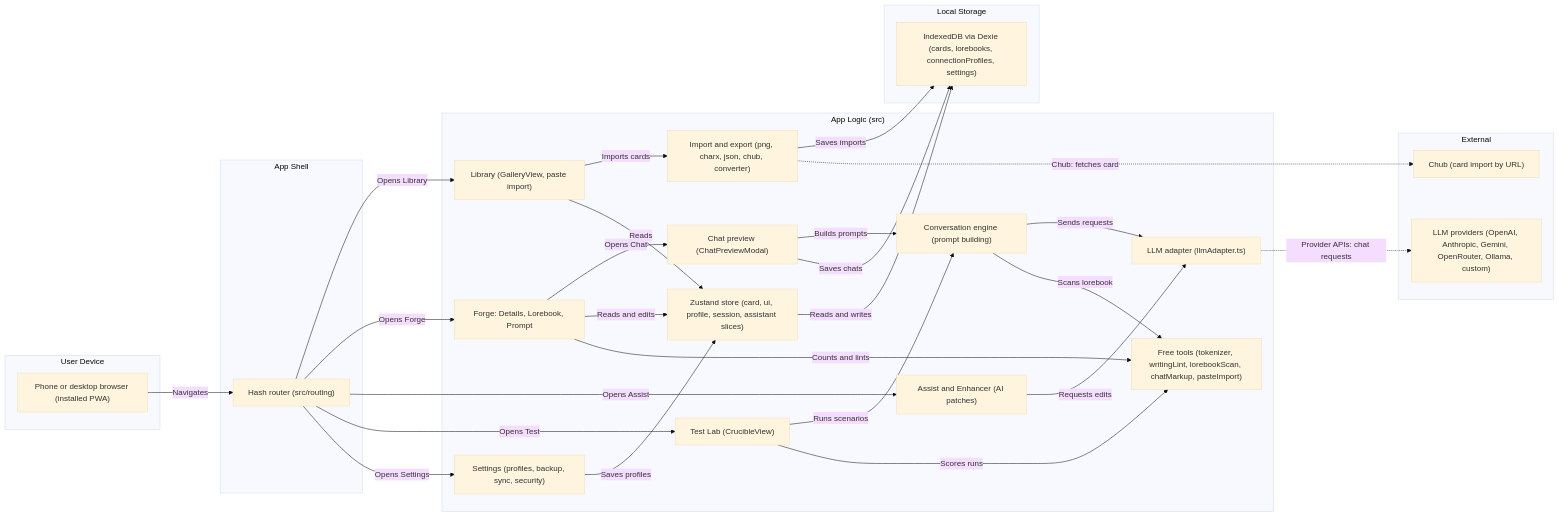
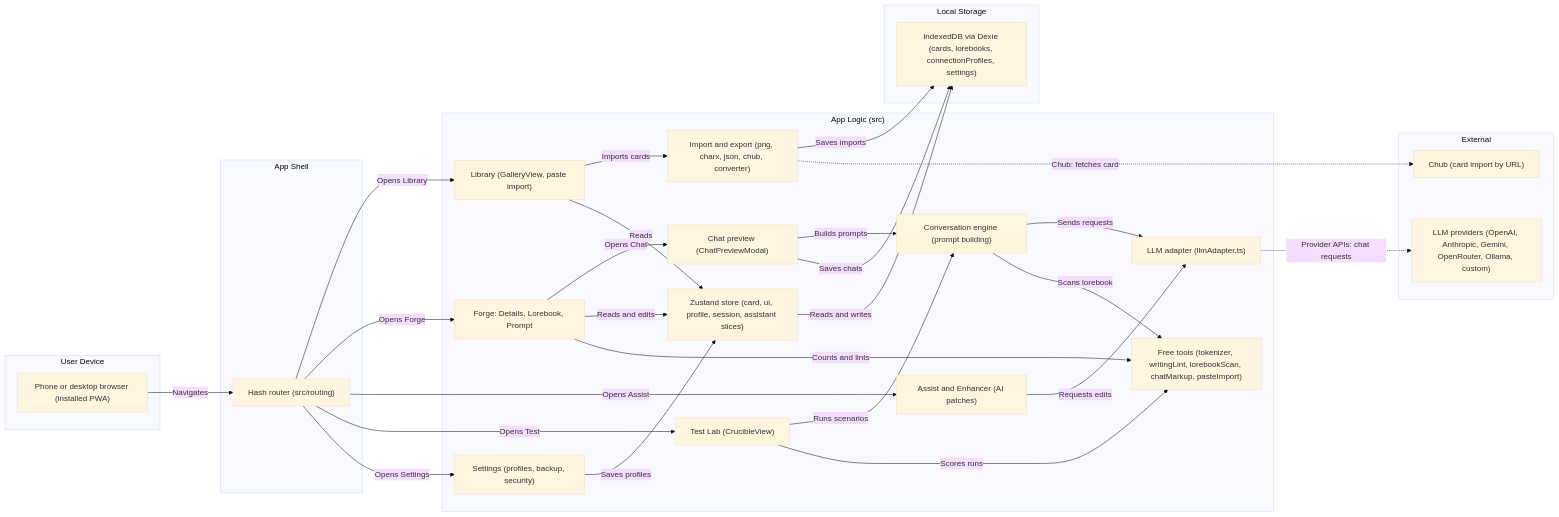
The first of 3 diagrams in docs/ARCHITECTURE.md (KarlMuzen/RoleplayForge), drawn with Mermaid (base theme) before and after one commit. The commit also changed other lines of this file and 1 other file, not shown here.

Commit message:
docs: README and ARCHITECTURE after device sync removal (card 034) and tweak lane (Decision 32)

````diff
--- a/docs/ARCHITECTURE.md
+++ b/docs/ARCHITECTURE.md
@@ -11,53 +11,53 @@
 ```mermaid
 flowchart LR
     subgraph client ["User Device"]
         phone["Phone or desktop browser (installed PWA)"]
     end
     subgraph gateway ["App Shell"]
         router["Hash router (src/routing)"]
     end
     subgraph service ["App Logic (src)"]
         library["Library (GalleryView, paste import)"]
         editor["Forge: Details, Lorebook, Prompt"]
         assist["Assist and Enhancer (AI patches)"]
         chat["Chat preview (ChatPreviewModal)"]
         testlab["Test Lab (CrucibleView)"]
-        settings["Settings (profiles, backup, sync, security)"]
+        settings["Settings (profiles, backup, security)"]
         store["Zustand store (card, ui, profile, session, assistant slices)"]
         io["Import and export (png, charx, json, chub, converter)"]
         tools["Free tools (tokenizer, writingLint, lorebookScan, chatMarkup, pasteImport)"]
         engine["Conversation engine (prompt building)"]
         llm["LLM adapter (llmAdapter.ts)"]
     end
     subgraph datastore ["Local Storage"]
         dexie["IndexedDB via Dexie (cards, lorebooks, connectionProfiles, settings)"]
     end
     subgraph external ["External"]
         providers["LLM providers (OpenAI, Anthropic, Gemini, OpenRouter, Ollama, custom)"]
         chub["Chub (card import by URL)"]
     end
 
     phone -->|"Navigates"| router
     router -->|"Opens Library"| library
     router -->|"Opens Forge"| editor
     router -->|"Opens Assist"| assist
     router -->|"Opens Test"| testlab
     router -->|"Opens Settings"| settings
     editor -->|"Opens Chat"| chat
     library -->|"Imports cards"| io
     library -->|"Reads"| store
     editor -->|"Reads and edits"| store
     editor -->|"Counts and lints"| tools
     assist -->|"Requests edits"| llm
     chat -->|"Builds prompts"| engine
     chat -->|"Saves chats"| dexie
     testlab -->|"Runs scenarios"| engine
     testlab -->|"Scores runs"| tools
     engine -->|"Sends requests"| llm
     engine -->|"Scans lorebook"| tools
     settings -->|"Saves profiles"| store
     store -->|"Reads and writes"| dexie
     io -->|"Saves imports"| dexie
     llm -.->|"Provider APIs: chat requests"| providers
     io -.->|"Chub: fetches card"| chub
 ```
````
